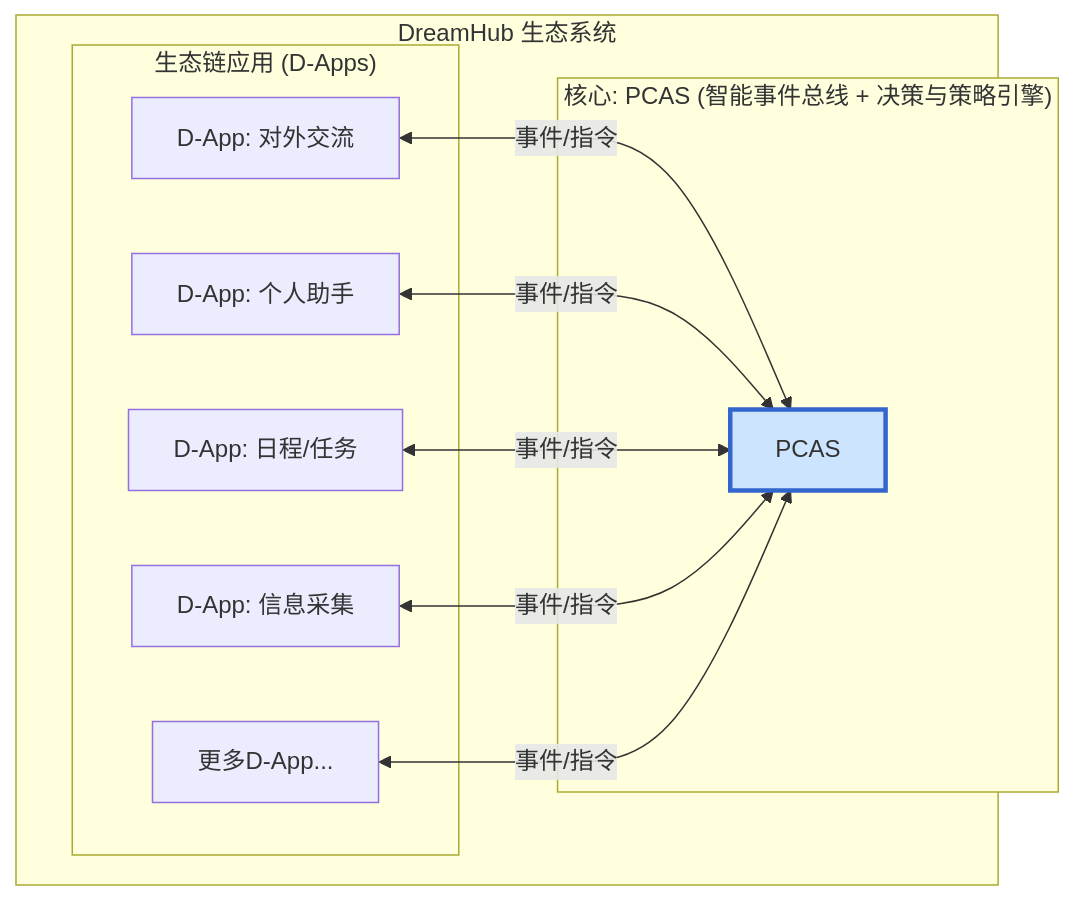
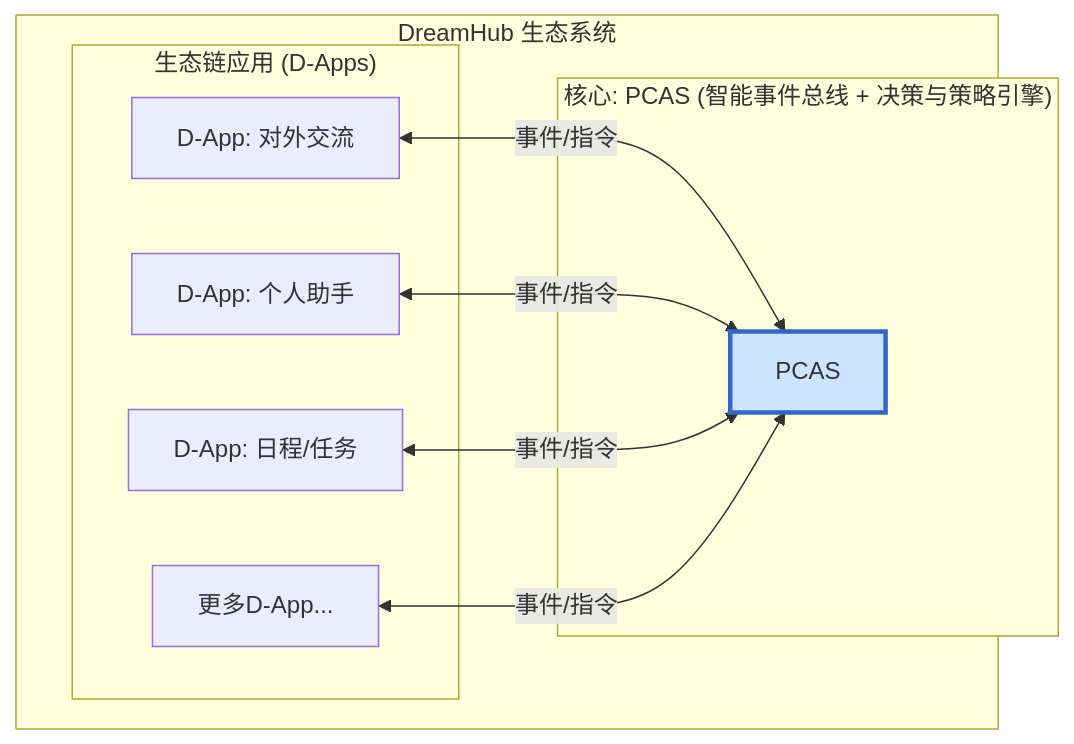
Before and after one commit to soaringjerry/DreamHub: the diagram in README.zh.md, drawn with Mermaid. The commit also changed other lines of this file and 3 other files, not shown here.

````diff
--- a/README.zh.md
+++ b/README.zh.md
@@ -35,27 +37,25 @@
 ```mermaid
 graph TD
     subgraph "DreamHub 生态系统"
         direction LR
         
         subgraph "核心: PCAS (智能事件总线 + 决策与策略引擎)"
             PCAS_Core[PCAS]
         end
 
         subgraph "生态链应用 (D-Apps)"
             DApp1[D-App: 对外交流]
             DApp2[D-App: 个人助手]
             DApp3[D-App: 日程/任务]
-            DApp4[D-App: 信息采集]
             DAppN[更多D-App...]
         end
     end
 
     %% 通信流
     DApp1 <--> |事件/指令| PCAS_Core
     DApp2 <--> |事件/指令| PCAS_Core
     DApp3 <--> |事件/指令| PCAS_Core
-    DApp4 <--> |事件/指令| PCAS_Core
     DAppN <--> |事件/指令| PCAS_Core
 
     style PCAS_Core fill:#cde4ff,stroke:#36c,stroke-width:3px
 ```
````
